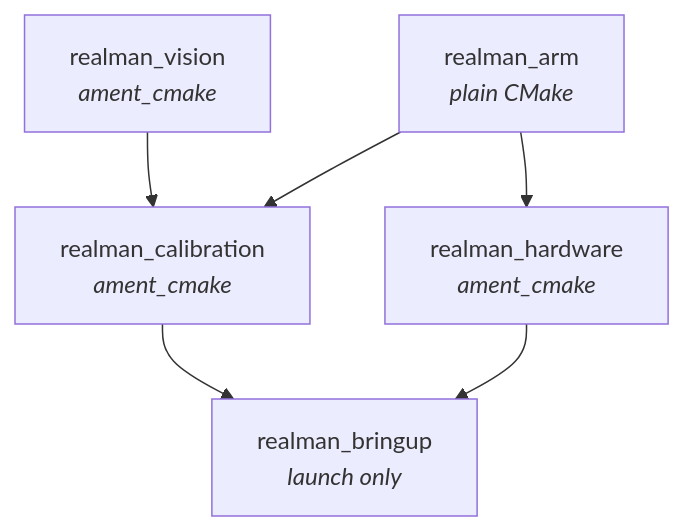
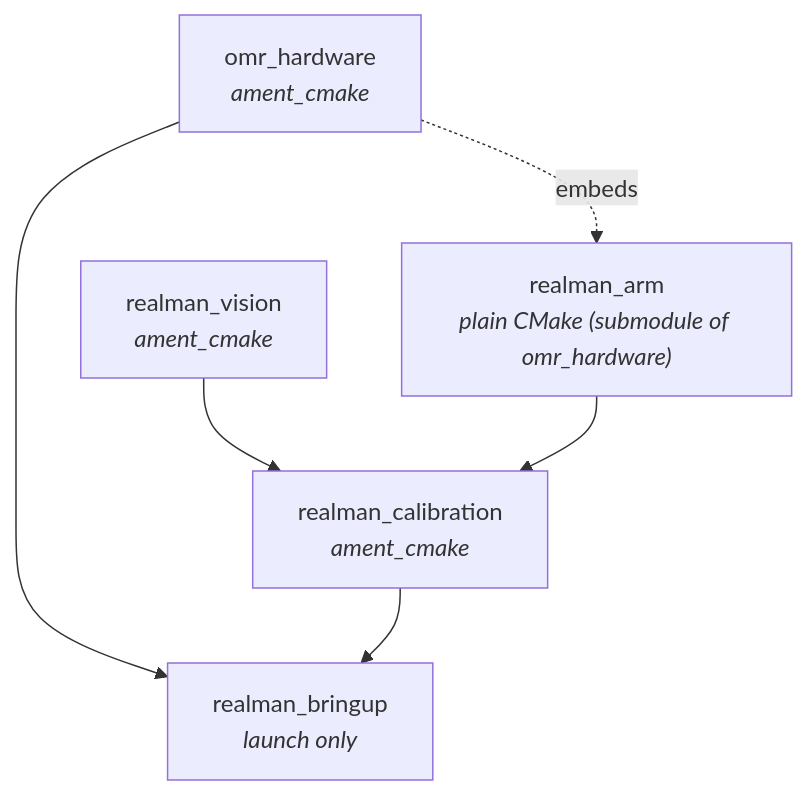
Before and after one commit to sunyuming53-byte/the_first_box: the second of 4 diagrams in README.md, drawn with Mermaid. The commit also changed other lines of this file and 42 other files, not shown here.

First line of the commit message:
refactor: restructure omr_hardware with realman_arm + dais_motor submodules

````diff
--- a/README.md
+++ b/README.md
@@ -198,14 +173,14 @@
 ```mermaid
 graph TD
     vision["realman_vision<br/><i>ament_cmake</i>"]
-    arm["realman_arm<br/><i>plain CMake</i>"]
+    arm["realman_arm<br/><i>plain CMake (submodule of omr_hardware)</i>"]
     calib["realman_calibration<br/><i>ament_cmake</i>"]
-    hw["realman_hardware<br/><i>ament_cmake</i>"]
+    hw["omr_hardware<br/><i>ament_cmake</i>"]
     bringup["realman_bringup<br/><i>launch only</i>"]
 
     vision --> calib
     arm --> calib
-    arm --> hw
+    hw -.->|embeds| arm
+    hw --> bringup
     calib --> bringup
-    hw --> bringup
 ```
````
